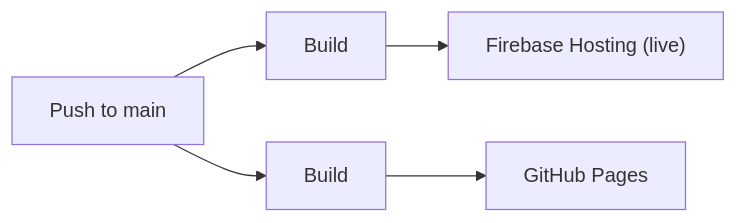
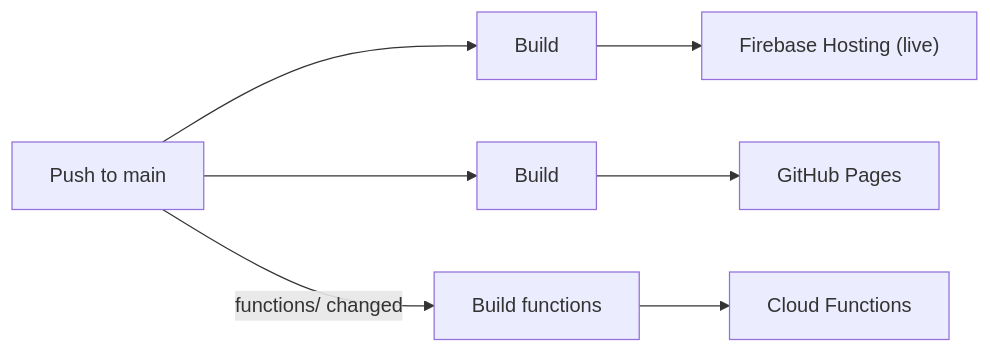
One commit to dyordsabuzo/training-planner changed the second of 4 diagrams in DEPLOYMENT.md. Above: the diagram before and after it, drawn with Mermaid. The commit also changed other lines of this file and 14 other files, not shown here.

````diff
--- a/DEPLOYMENT.md
+++ b/DEPLOYMENT.md
@@ -29,5 +33,6 @@
 ```mermaid
 flowchart LR
   Main["Push to main"] --> B1["Build"] --> Live["Firebase Hosting (live)"]
   Main --> B2["Build"] --> Pages["GitHub Pages"]
+  Main -->|functions/ changed| B3["Build functions"] --> Fns["Cloud Functions"]
 ```
````
